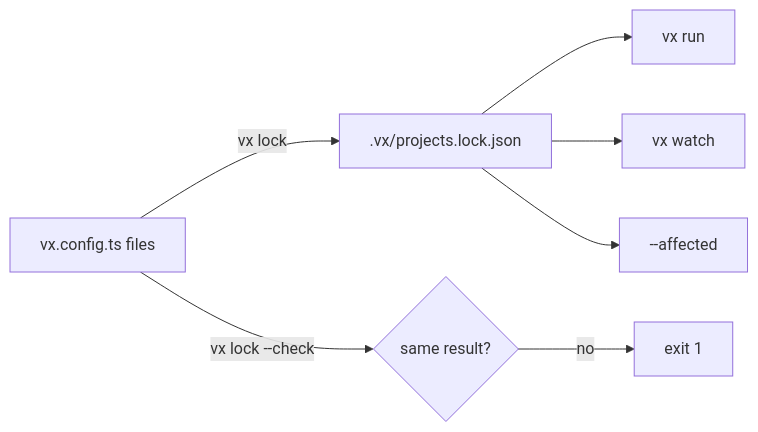
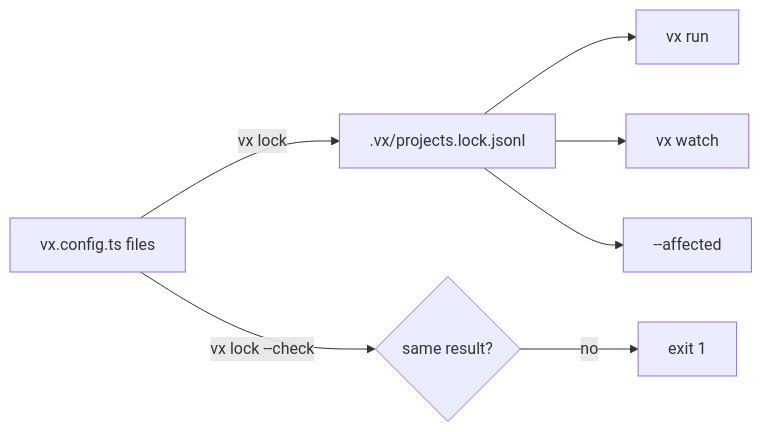
Before and after one commit to vznjs/vx: the diagram in private/vx-docs/src/content/docs/blog/lock-and-frozen.md, drawn with Mermaid. The commit also changed other lines of this file and 141 other files, not shown here.

````diff
--- a/private/vx-docs/src/content/docs/blog/lock-and-frozen.md
+++ b/private/vx-docs/src/content/docs/blog/lock-and-frozen.md
@@ -40,9 +40,9 @@
 ```mermaid
 flowchart LR
-  C["vx.config.ts files"] -->|vx lock| L[.vx/projects.lock.json]
+  C["vx.config.ts files"] -->|vx lock| L[.vx/projects.lock.jsonl]
   L --> R[vx run]
   L --> W[vx watch]
   L --> A[--affected]
   C -->|vx lock --check| K{same result?}
   K -->|no| X[exit 1]
 ```
````
